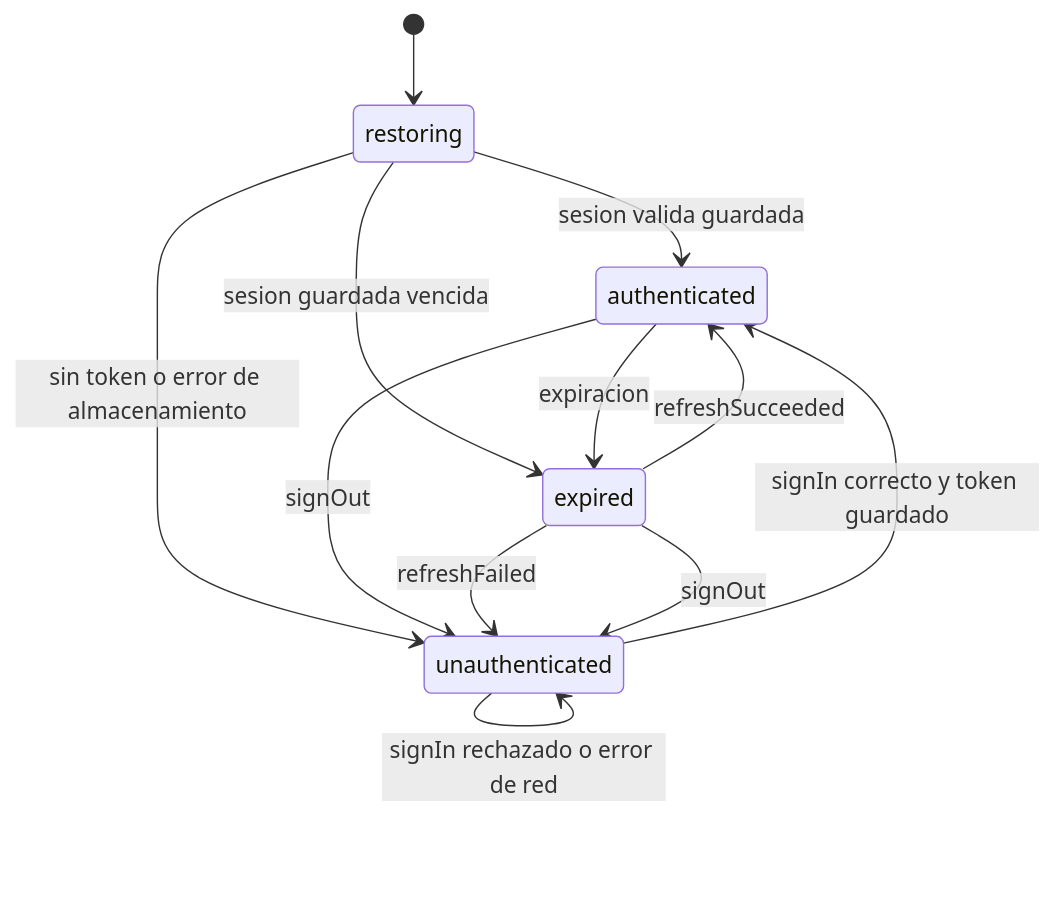
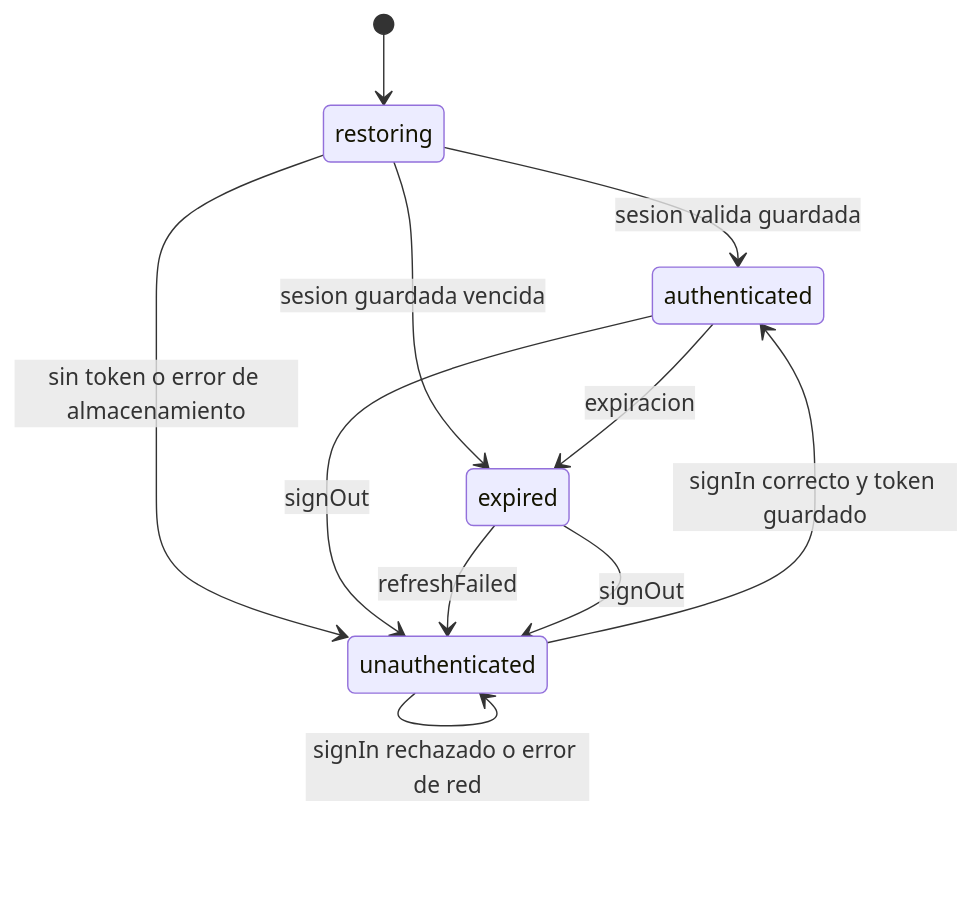
One commit to Oscar71k1/DMI-Equipo-4 changed the diagram in docs/session-state-machine.mmd. Above: the diagram before and after it, drawn with Mermaid.

Commit message:
docs: alinea diagrama de sesion con las transiciones implementadas

```diff
--- a/docs/session-state-machine.mmd
+++ b/docs/session-state-machine.mmd
@@ -1,12 +1,11 @@
 stateDiagram-v2
     [*] --> restoring
     restoring --> authenticated: sesion valida guardada
     restoring --> expired: sesion guardada vencida
     restoring --> unauthenticated: sin token o error de almacenamiento
     unauthenticated --> authenticated: signIn correcto y token guardado
     unauthenticated --> unauthenticated: signIn rechazado o error de red
     authenticated --> expired: expiracion
     authenticated --> unauthenticated: signOut
-    expired --> authenticated: refreshSucceeded
     expired --> unauthenticated: refreshFailed
     expired --> unauthenticated: signOut
```
